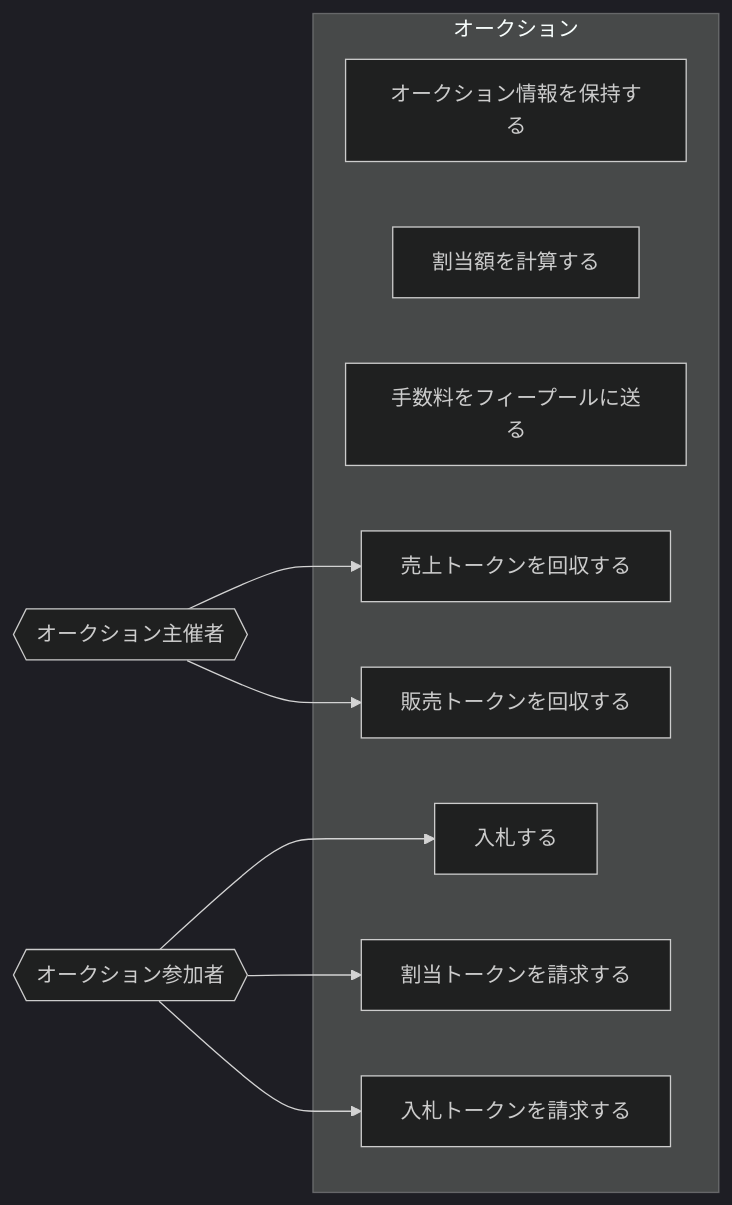
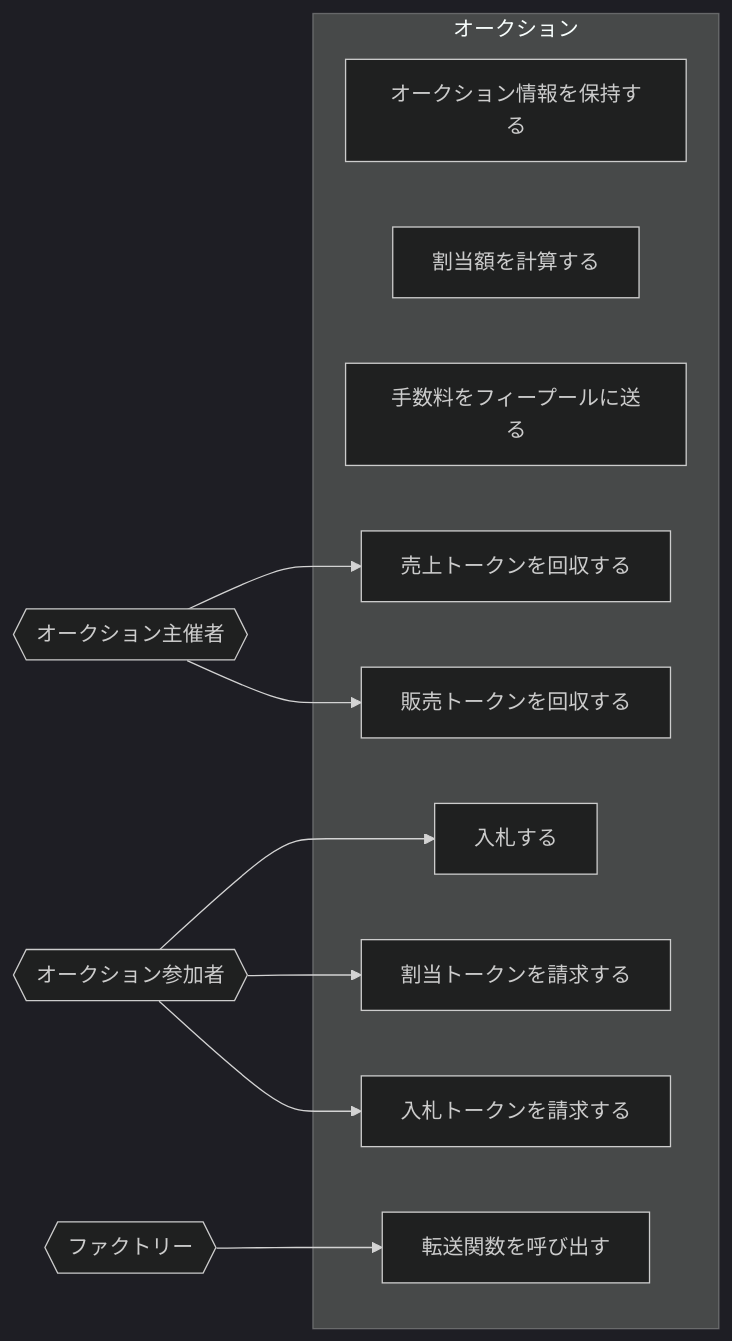
The diagram in doc/Template/usecase.md (DeFiGeek-Community/yamawake), drawn with Mermaid (dark theme) before and after one commit. The commit also changed other lines of this file and 25 other files, not shown here.

````diff
--- a/doc/Template/usecase.md
+++ b/doc/Template/usecase.md
@@ -17,26 +19,31 @@
 ```mermaid
 graph LR
     sow{{オークション主催者}}
     spa{{オークション参加者}}
+    f{{ファクトリー}}
 
     S1[オークション情報を保持する]
     S2[割当額を計算する]
     S3[手数料をフィープールに送る]
 
     sow-->SOW1[売上トークンを回収する]
     sow-->SOW2[販売トークンを回収する]
 
     spa-->SPA1[入札する]
     spa-->SPA2[割当トークンを請求する]
     spa-->SPA3[入札トークンを請求する]
+
+    f-->F1[転送関数を呼び出す]
+
     subgraph オークション
         S1
         S2
         S3
         SOW1
         SOW2
         SPA1
         SPA2
         SPA3
+        F1
     end
 ```
````
